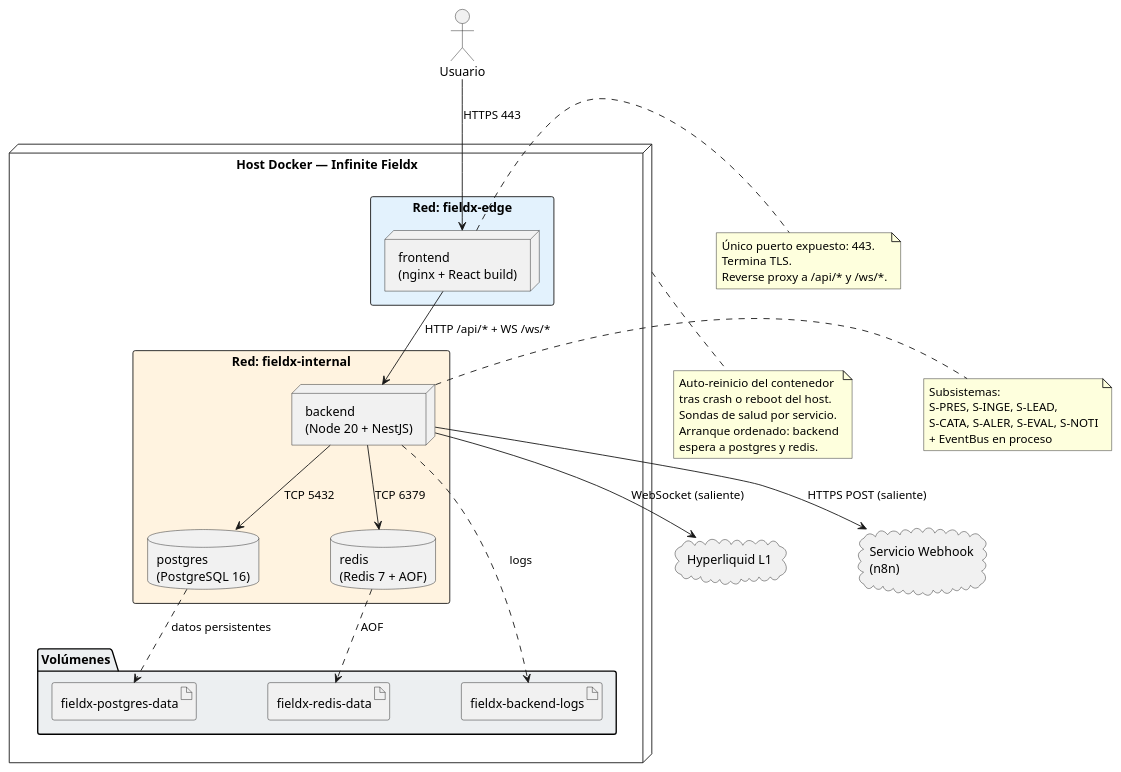
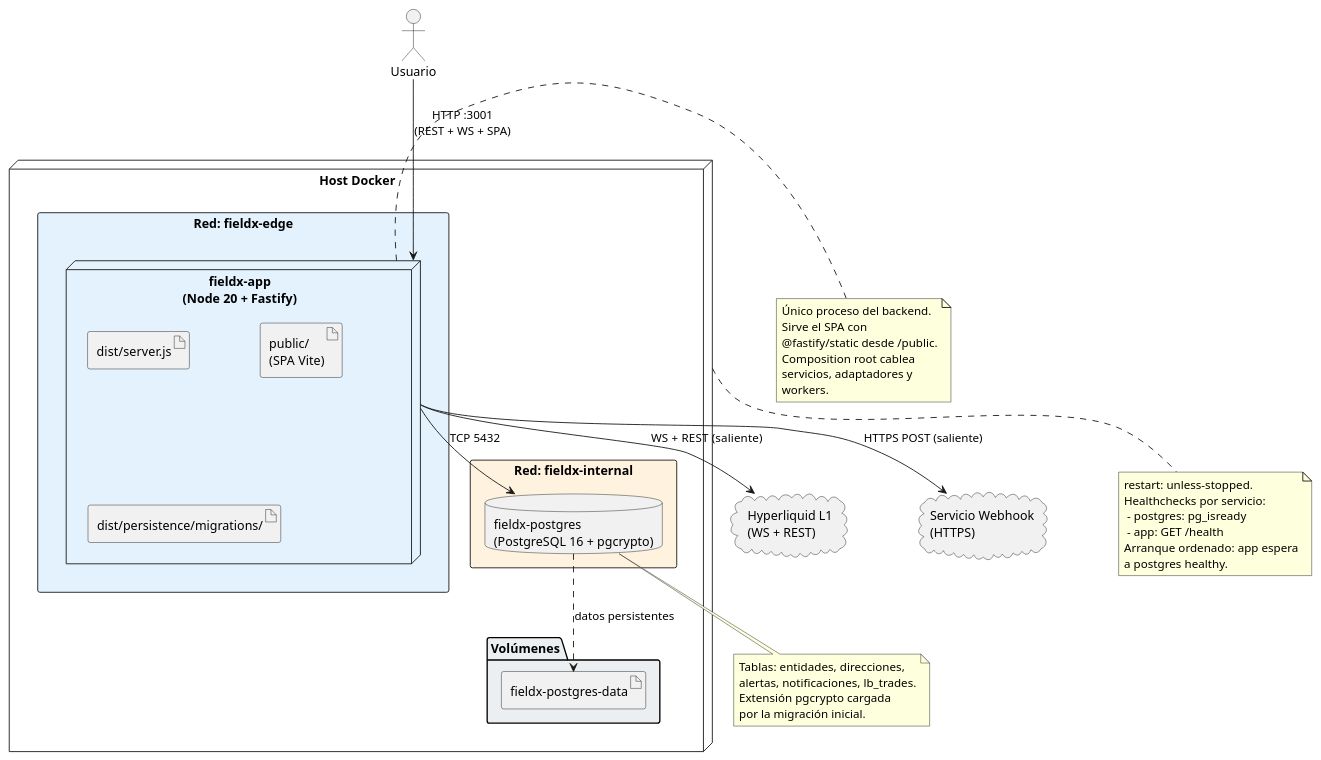
One commit to nekiiiiis/tfg changed the diagram in modelosUML/capitulo3/diseno-despliegue.puml. Above: the diagram before and after it, drawn with PlantUML. The commit also changed 40 other files, not shown here.

First line of the commit message:
docs(capitulo3): alinear contenido con la solución Fastify/Drizzle y el formato del cap. 2

```diff
--- a/modelosUML/capitulo3/diseno-despliegue.puml
+++ b/modelosUML/capitulo3/diseno-despliegue.puml
@@ -1,58 +1,61 @@
 @startuml
 skinparam shadowing false
 skinparam nodesep 80
 skinparam ranksep 60
 
 actor "Usuario" as U
-cloud "Hyperliquid L1" as HL
-cloud "Servicio Webhook\n(n8n)" as SW
+cloud "Hyperliquid L1\n(WS + REST)" as HL
+cloud "Servicio Webhook\n(HTTPS)" as SW
 
-node "Host Docker — Infinite Fieldx" as HOST {
+node "Host Docker" as HOST {
+
     rectangle "Red: fieldx-edge" as EDGE #E3F2FD {
-        node "frontend\n(nginx + React build)" as FE
+        node "fieldx-app\n(Node 20 + Fastify)" as APP {
+            artifact "dist/server.js"
+            artifact "public/\n(SPA Vite)"
+            artifact "dist/persistence/migrations/"
+        }
     }
+
     rectangle "Red: fieldx-internal" as INT #FFF3E0 {
-        node "backend\n(Node 20 + NestJS)" as BE
-        database "postgres\n(PostgreSQL 16)" as PG
-        database "redis\n(Redis 7 + AOF)" as RD
+        database "fieldx-postgres\n(PostgreSQL 16 + pgcrypto)" as PG
     }
+
     folder "Volúmenes" as VOLS #ECEFF1 {
         artifact "fieldx-postgres-data" as VPG
-        artifact "fieldx-redis-data" as VRD
-        artifact "fieldx-backend-logs" as VLOG
     }
 }
 
-U --> FE : HTTPS 443
-FE --> BE : HTTP /api/* + WS /ws/*
-BE --> PG : TCP 5432
-BE --> RD : TCP 6379
-BE --> HL : WebSocket (saliente)
-BE --> SW : HTTPS POST (saliente)
+U  --> APP : HTTP :3001\n(REST + WS + SPA)
+APP --> PG : TCP 5432
+APP --> HL : WS + REST  (saliente)
+APP --> SW : HTTPS POST (saliente)
 
 PG ..> VPG : datos persistentes
-RD ..> VRD : AOF
-BE ..> VLOG : logs
 
-note right of FE
-  Único puerto expuesto: 443.
-  Termina TLS.
-  Reverse proxy a /api/* y /ws/*.
+note right of APP
+  Único proceso del backend.
+  Sirve el SPA con
+  @fastify/static desde /public.
+  Composition root cablea
+  servicios, adaptadores y
+  workers.
 end note
 
-note right of BE
-  Subsistemas:
-  S-PRES, S-INGE, S-LEAD,
-  S-CATA, S-ALER, S-EVAL, S-NOTI
-  + EventBus en proceso
+note bottom of PG
+  Tablas: entidades, direcciones,
+  alertas, notificaciones, lb_trades.
+  Extensión pgcrypto cargada
+  por la migración inicial.
 end note
 
 note bottom of HOST
-  Auto-reinicio del contenedor
-  tras crash o reboot del host.
-  Sondas de salud por servicio.
-  Arranque ordenado: backend
-  espera a postgres y redis.
+  restart: unless-stopped.
+  Healthchecks por servicio:
+   - postgres: pg_isready
+   - app: GET /health
+  Arranque ordenado: app espera
+  a postgres healthy.
 end note
 
 @enduml
```
